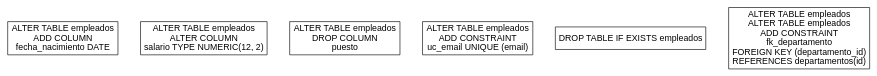
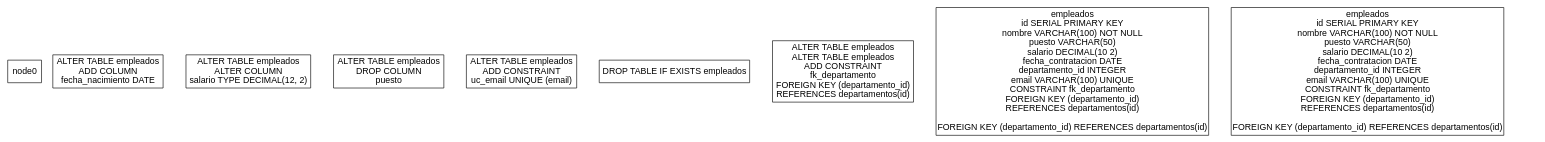
One commit to JgabrielH1007/ProyectoFinal--Lenguajes changed the diagram in ProyectoFinal--Lenguajes/output.dot. Above: the diagram before and after it, drawn with Graphviz. The commit also changed 13 other files, not shown here.

```diff
--- a/ProyectoFinal--Lenguajes/output.dot
+++ b/ProyectoFinal--Lenguajes/output.dot
@@ -1,22 +1,33 @@
 digraph G {
     node [shape=box, fontname="Arial"];
     node1 [label="ALTER TABLE empleados\nADD COLUMN\nfecha_nacimiento DATE"];
+    { rank=same; node0 -> node1 [style=invis]; }
     { rank=same; node1 -> node1 [style=invis]; }
-    node2 [label="ALTER TABLE empleados\nALTER COLUMN\nsalario TYPE NUMERIC(12, 2)"];
+    node2 [label="ALTER TABLE empleados\nALTER COLUMN\nsalario TYPE DECIMAL(12, 2)"];
     { rank=same; node1 -> node2 [style=invis]; }
     { rank=same; node2 -> node2 [style=invis]; }
     node3 [label="ALTER TABLE empleados\nDROP COLUMN\npuesto"];
     { rank=same; node2 -> node3 [style=invis]; }
     { rank=same; node1 node2 node3 ; }
     { rank=same; node3 -> node3 [style=invis]; }
     { rank=same; node1 node2 node3 ; }
     node4 [label="ALTER TABLE empleados\nADD CONSTRAINT\nuc_email UNIQUE (email)"];
     { rank=same; node3 -> node4 [style=invis]; }
     { rank=same; node4 -> node4 [style=invis]; }
     node5 [label="DROP TABLE IF EXISTS empleados"];
     { rank=same; node4 -> node5 [style=invis]; }
     { rank=same; node5 -> node5 [style=invis]; }
     node6 [label="ALTER TABLE empleados\nALTER TABLE empleados\nADD CONSTRAINT\nfk_departamento\nFOREIGN KEY (departamento_id)\nREFERENCES departamentos(id)"];
     { rank=same; node5 -> node6 [style=invis]; }
     { rank=same; node4 node5 node6 ; }
+    { rank=same; node6 -> node6 [style=invis]; }
+    { rank=same; node4 node5 node6 ; }
+    node7 [label="empleados\nid SERIAL PRIMARY KEY\nnombre VARCHAR(100) NOT NULL\npuesto VARCHAR(50)\nsalario DECIMAL(10 2)\nfecha_contratacion DATE\ndepartamento_id INTEGER\nemail VARCHAR(100) UNIQUE\nCONSTRAINT fk_departamento\nFOREIGN KEY (departamento_id)\nREFERENCES departamentos(id)\n\nFOREIGN KEY (departamento_id) REFERENCES departamentos(id)\n"];
+    { rank=same; node6 -> node7 [style=invis]; }
+    { rank=same; node7 -> node7 [style=invis]; }
+    node8 [label="empleados\nid SERIAL PRIMARY KEY\nnombre VARCHAR(100) NOT NULL\npuesto VARCHAR(50)\nsalario DECIMAL(10 2)\nfecha_contratacion DATE\ndepartamento_id INTEGER\nemail VARCHAR(100) UNIQUE\nCONSTRAINT fk_departamento\nFOREIGN KEY (departamento_id)\nREFERENCES departamentos(id)\n\nFOREIGN KEY (departamento_id) REFERENCES departamentos(id)\n"];
+    { rank=same; node7 -> node8 [style=invis]; }
+    { rank=same; node8 -> node8 [style=invis]; }
+    { rank=same; node8 -> node8 [style=invis]; }
+    { rank=same; node8 -> node8 [style=invis]; }
 }
```
